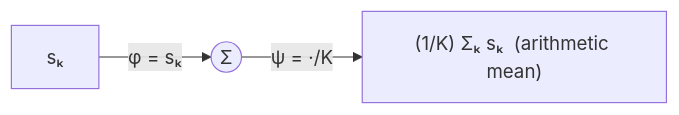
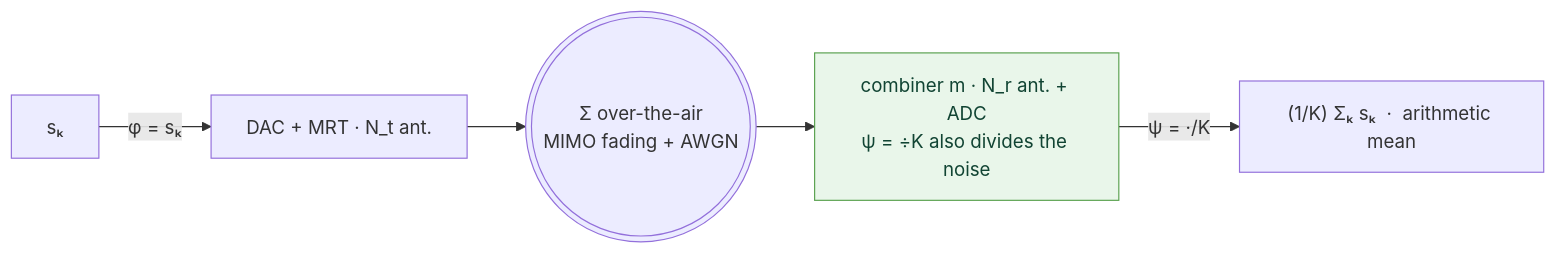
The fourth of 13 diagrams in README.md (wincle626/OverAirCompute), drawn with Mermaid before and after one commit. The commit also changed other lines of this file, not shown here.

````diff
--- a/README.md
+++ b/README.md
@@ -269,4 +282,9 @@
 ```mermaid
 flowchart LR
-    a["sₖ"] -->|"φ = sₖ"| S(("Σ")) -->|"ψ = ·/K"| r["(1/K) Σₖ sₖ  (arithmetic mean)"]
+    s["sₖ"] -->|"φ = sₖ"| tx["DAC + MRT · N_t ant."]
+    tx --> air((("Σ over-the-air<br/>MIMO fading + AWGN")))
+    air --> rx["combiner m · N_r ant. + ADC<br/>ψ = ÷K also divides the noise"]
+    rx -->|"ψ = ·/K"| r["(1/K) Σₖ sₖ  ·  arithmetic mean"]
+    classDef cool fill:#e9f6ea,stroke:#59A14F,color:#143;
+    class rx cool;
 ```
````
